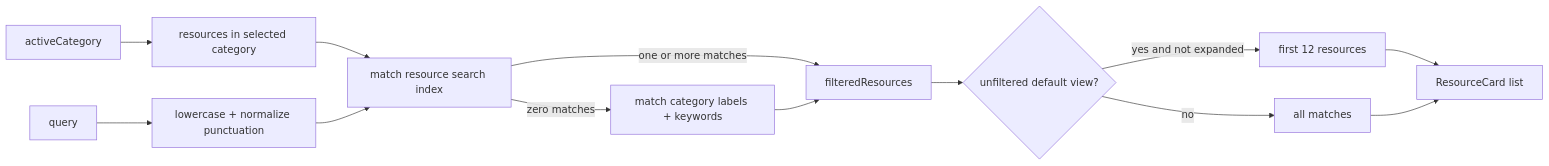
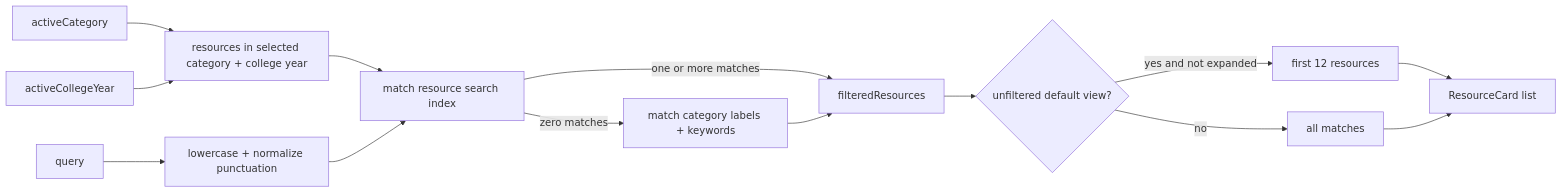
One commit to ShauryaDas924/career-finder changed the second of 2 diagrams in ARCHITECTURE.md. Above: the diagram before and after it, drawn with Mermaid. The commit also changed other lines of this file and 17 other files, not shown here.

````diff
--- a/ARCHITECTURE.md
+++ b/ARCHITECTURE.md
@@ -120,15 +121,16 @@
 ```mermaid
 flowchart LR
     Query["query"] --> Normalize["lowercase + normalize punctuation"]
-    Category["activeCategory"] --> Scope["resources in selected category"]
+    Category["activeCategory"] --> Scope["resources in selected category + college year"]
+    Year["activeCollegeYear"] --> Scope
     Scope --> Direct["match resource search index"]
     Normalize --> Direct
     Direct -->|"one or more matches"| Results["filteredResources"]
     Direct -->|"zero matches"| Fallback["match category labels + keywords"]
     Fallback --> Results
     Results --> Default{"unfiltered default view?"}
     Default -->|"yes and not expanded"| First12["first 12 resources"]
     Default -->|"no"| All["all matches"]
     First12 --> Cards["ResourceCard list"]
     All --> Cards
 ```
````
